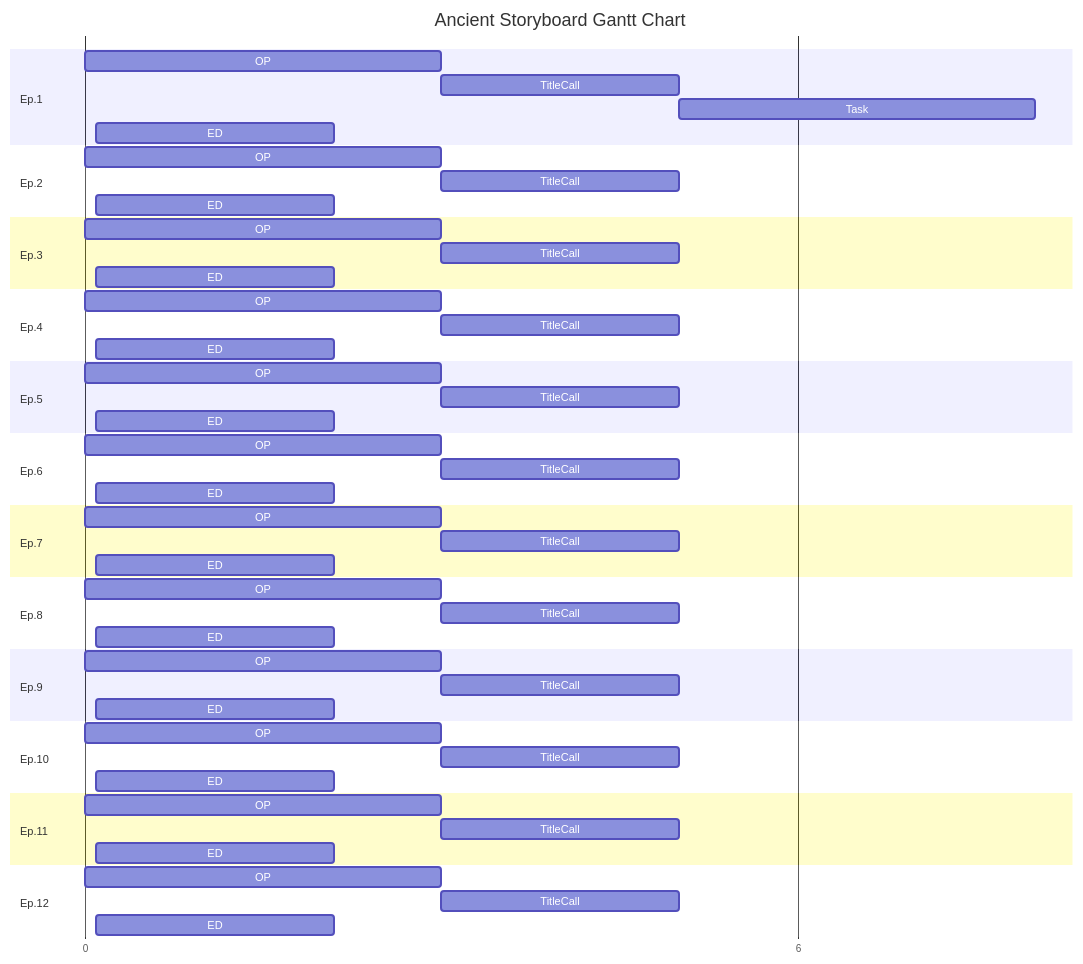
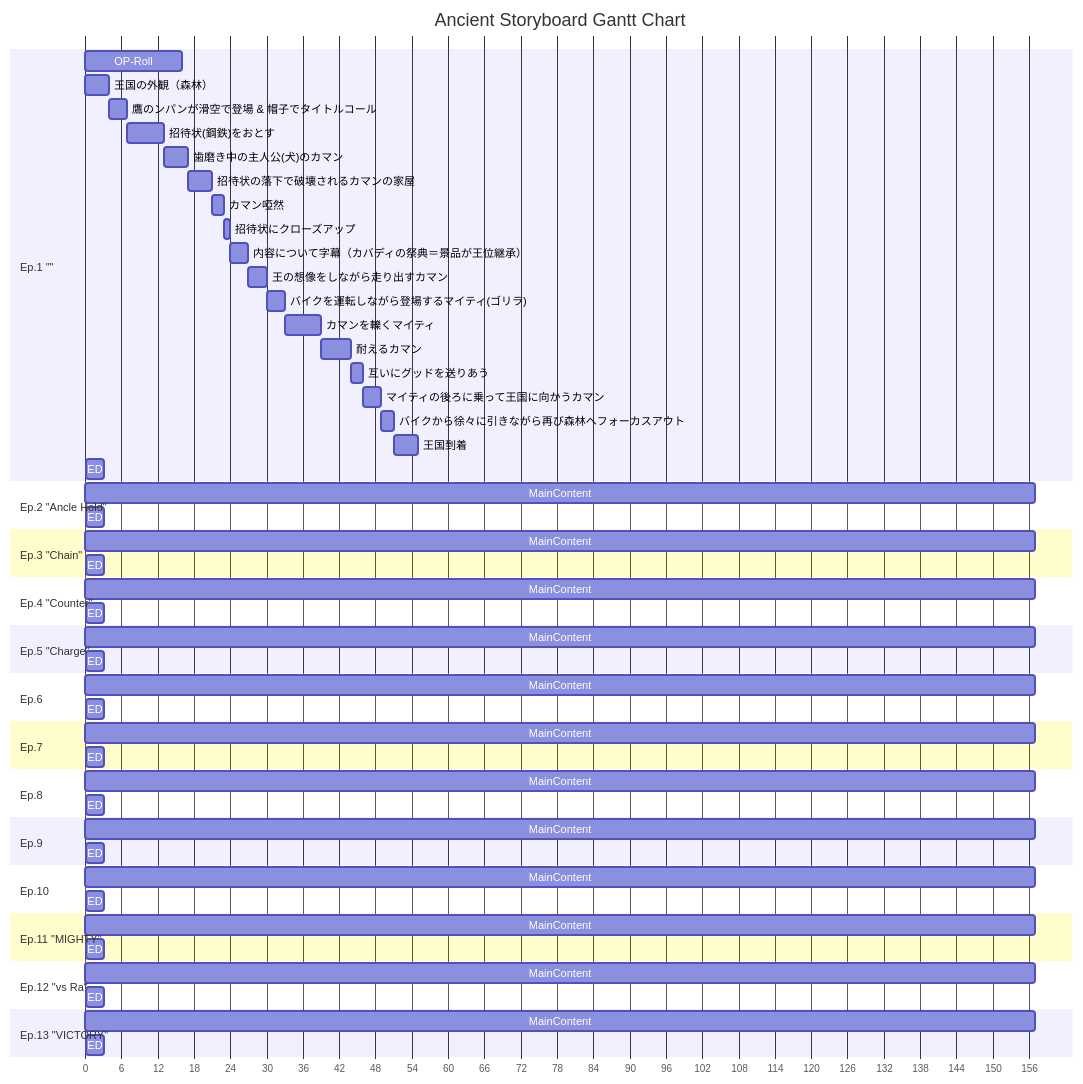
Before and after one commit to 4hoe8pow/Ancient: the diagram in README.md, drawn with Mermaid.

````diff
--- a/README.md
+++ b/README.md
@@ -5,65 +5,80 @@
     axisFormat  %s
     tickInterval 6second
     title       Ancient Storyboard Gantt Chart
-    %% 全体で97秒間に統一
+    %% Unified to 97 seconds in total
 
-    section Ep.1
-    OP              :h, 0, 3s
-    TitleCall       :tc, after h, 2s
-    Task            :after tc, 3s
-    ED              :0, 95, 2s
+    %% To avoid wasting time on titles like "Episode x: △△", use embedded objects in the opening scene for expression (it doesn't matter if it's unnoticed)
+    %% ED === Next Episode Preview
 
-    section Ep.2
-    OP              :h, 0, 3s
-    TitleCall       :tc, after h, 2s
-    ED              :0, 95, 2s
+    section Ep.1 ""
+    OP-Roll :0, 16s
+    王国の外観（森林）                  :a1, 0, 4s
+    鷹のンパンが滑空で登場 & 帽子でタイトルコール　　　 :a2, after a1, 3s
+    招待状(鋼鉄)をおとす　　         :a3, after a2, 6s
+    歯磨き中の主人公(犬)のカマン:a4, after a3, 4s
 
-    section Ep.3
-    OP              :h, 0, 3s
-    TitleCall       :tc, after h, 2s
-    ED              :0, 95, 2s
+    招待状の落下で破壊されるカマンの家屋: a5, after a4, 4s
+    カマン啞然         : a6, after a5, 2s
+    招待状にクローズアップ : a7, after a6, 1s
+    内容について字幕（カバディの祭典＝景品が王位継承）          : a8, after a7, 3s
+    王の想像をしながら走り出すカマン: a9, after a8, 3s
 
-    section Ep.4
-    OP              :h, 0, 3s
-    TitleCall       :tc, after h, 2s
-    ED              :0, 95, 2s
+    バイクを運転しながら登場するマイティ(ゴリラ): a10, after a9, 3s
+    カマンを轢くマイティ: a11, after a10, 6s
+    耐えるカマン: a12, after a11, 5s
+    互いにグッドを送りあう: a13, after a12, 2s
 
-    section Ep.5
-    OP              :h, 0, 3s
-    TitleCall       :tc, after h, 2s
-    ED              :0, 95, 2s
+    マイティの後ろに乗って王国に向かうカマン: a14, after a13, 3s
+    バイクから徐々に引きながら再び森林へフォーカスアウト: a15, after a14, 2s
+
+    王国到着: a16, after a15, 4s
+    ED              :157, 3s
+
+    section Ep.2 "Ancle Hold"
+    MainContent     :a, 0, 157s
+    ED              :157, 3s
+
+    section Ep.3 "Chain"
+    MainContent     :a, 0, 157s
+    ED              :157, 3s
+
+    section Ep.4 "Counter"
+    MainContent     :a, 0, 157s
+    ED              :157, 3s
+
+    section Ep.5 "Charge"
+    MainContent     :a, 0, 157s
+    ED              :157, 3s
 
     section Ep.6
-    OP              :h, 0, 3s
-    TitleCall       :tc, after h, 2s
-    ED              :0, 95, 2s
+    MainContent     :a, 0, 157s
+    ED              :157, 3s
+
     section Ep.7
-    OP              :h, 0, 3s
-    TitleCall       :tc, after h, 2s
-    ED              :0, 95, 2s
+    MainContent     :a, 0, 157s
+    ED              :157, 3s
 
     section Ep.8
-    OP              :h, 0, 3s
-    TitleCall       :tc, after h, 2s
-    ED              :0, 95, 2s
+    MainContent     :a, 0, 157s
+    ED              :157, 3s
 
     section Ep.9
-    OP              :h, 0, 3s
-    TitleCall       :tc, after h, 2s
-    ED              :0, 95, 2s
+    MainContent     :a, 0, 157s
+    ED              :157, 3s
+
     section Ep.10
-    OP              :h, 0, 3s
-    TitleCall       :tc, after h, 2s
-    ED              :0, 95, 2s
+    MainContent     :a, 0, 157s
+    ED              :157, 3s
 
-    section Ep.11
-    OP              :h, 0, 3s
-    TitleCall       :tc, after h, 2s
-    ED              :0, 95, 2s
+    section Ep.11 "MIGHTY"
+    MainContent     :a, 0, 157s
+    ED              :157, 3s
 
-    section Ep.12
-    OP              :h, 0, 3s
-    TitleCall       :tc, after h, 2s
-    ED              :0, 95, 2s
+    section Ep.12 "vs Ra"
+    MainContent     :a, 0, 157s
+    ED              :157, 3s
 
+    section Ep.13 "VICTORY"
+    MainContent     :a, 0, 157s
+    ED              :157, 3s
 ```
````
